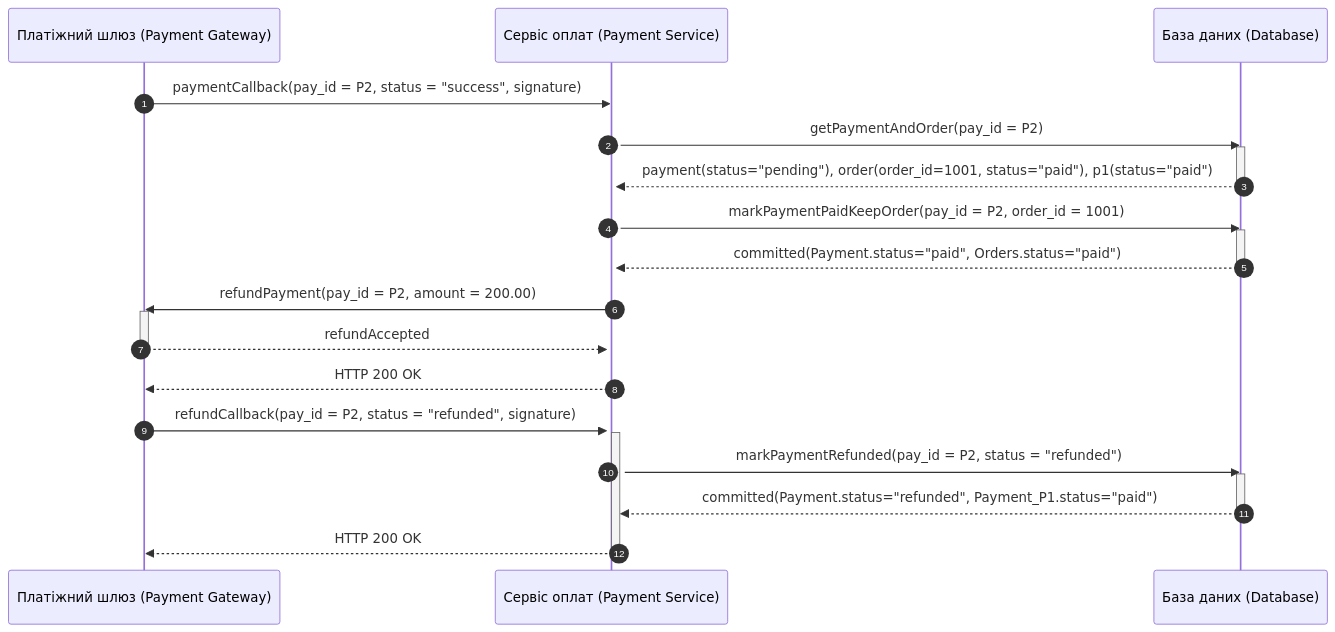
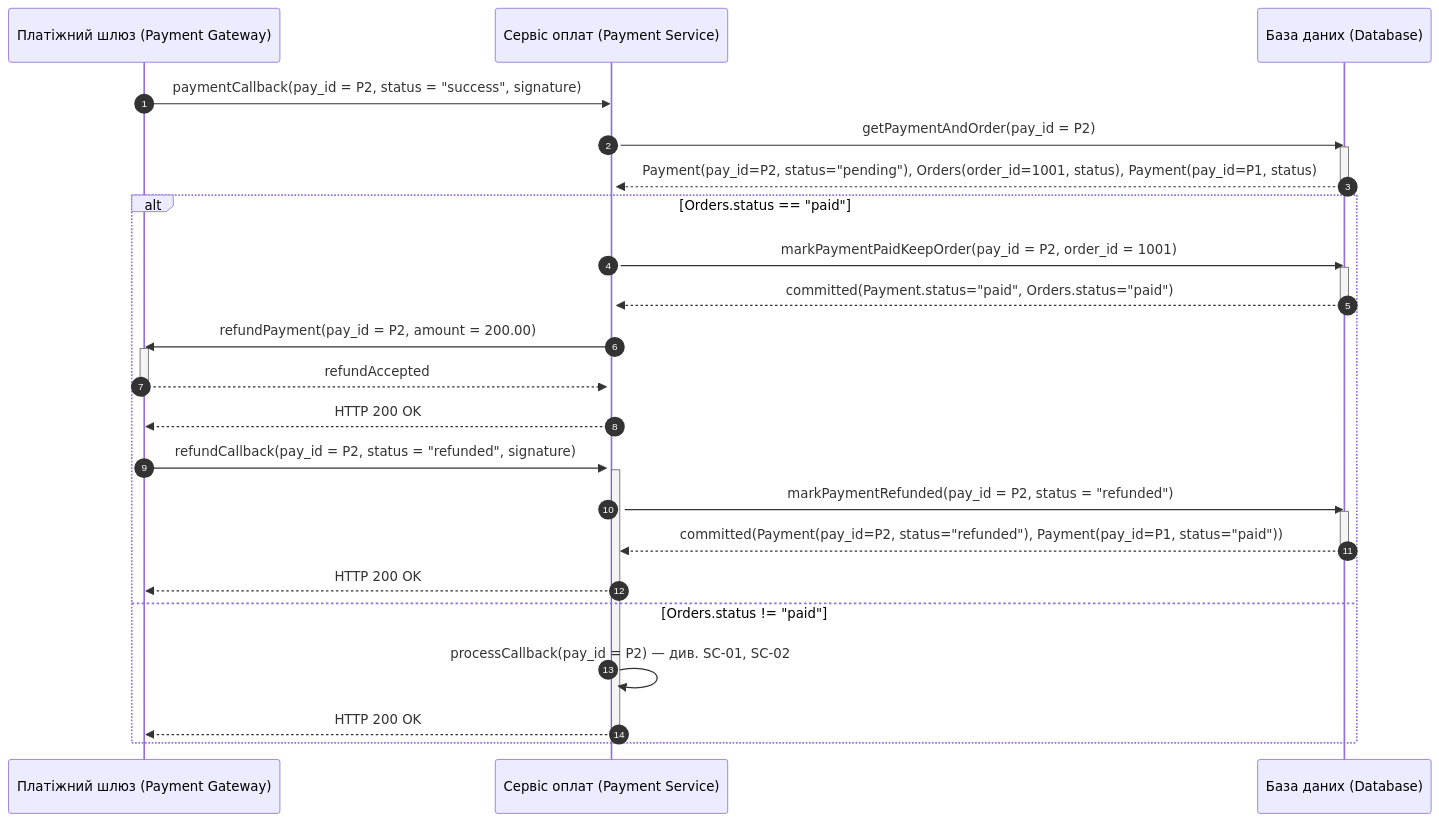
Diagram 14 of 15 in Lab3/diagram.md (hutnichs/KPI_MAVPZ), drawn with Mermaid before and after one commit. The commit also changed other lines of this file, not shown here.

Commit message:
Refactor payment flow and update details

````diff
--- a/Lab3/diagram.md
+++ b/Lab3/diagram.md
@@ -422,32 +478,37 @@
 ```mermaid
 sequenceDiagram
     autonumber
     participant PGW as Платіжний шлюз (Payment Gateway)
     participant PS as Сервіс оплат (Payment Service)
     participant DB as База даних (Database)
 
     PGW->>PS: paymentCallback(pay_id = P2, status = "success", signature)
     activate PS
     PS->>DB: getPaymentAndOrder(pay_id = P2)
     activate DB
-    DB-->>PS: payment(status="pending"), order(order_id=1001, status="paid"), p1(status="paid")
+    DB-->>PS: Payment(pay_id=P2, status="pending"), Orders(order_id=1001, status), Payment(pay_id=P1, status)
     deactivate DB
-    PS->>DB: markPaymentPaidKeepOrder(pay_id = P2, order_id = 1001)
-    activate DB
-    DB-->>PS: committed(Payment.status="paid", Orders.status="paid")
-    deactivate DB
-    PS->>PGW: refundPayment(pay_id = P2, amount = 200.00)
-    activate PGW
-    PGW-->>PS: refundAccepted
-    deactivate PGW
-    PS-->>PGW: HTTP 200 OK
+    alt Orders.status == "paid"
+        PS->>DB: markPaymentPaidKeepOrder(pay_id = P2, order_id = 1001)
+        activate DB
+        DB-->>PS: committed(Payment.status="paid", Orders.status="paid")
+        deactivate DB
+        PS->>PGW: refundPayment(pay_id = P2, amount = 200.00)
+        activate PGW
+        PGW-->>PS: refundAccepted
+        deactivate PGW
+        PS-->>PGW: HTTP 200 OK
 
-    PGW->>PS: refundCallback(pay_id = P2, status = "refunded", signature)
-    activate PS
-    PS->>DB: markPaymentRefunded(pay_id = P2, status = "refunded")
-    activate DB
-    DB-->>PS: committed(Payment.status="refunded", Payment_P1.status="paid")
-    deactivate DB
-    PS-->>PGW: HTTP 200 OK
+        PGW->>PS: refundCallback(pay_id = P2, status = "refunded", signature)
+        activate PS
+        PS->>DB: markPaymentRefunded(pay_id = P2, status = "refunded")
+        activate DB
+        DB-->>PS: committed(Payment(pay_id=P2, status="refunded"), Payment(pay_id=P1, status="paid"))
+        deactivate DB
+        PS-->>PGW: HTTP 200 OK
+    else Orders.status != "paid"
+        PS->>PS: processCallback(pay_id = P2) — див. SC-01, SC-02
+        PS-->>PGW: HTTP 200 OK
+    end
     deactivate PS
 ```
````
